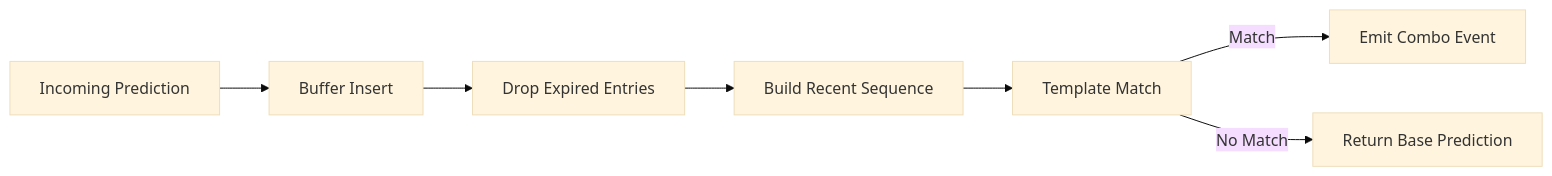
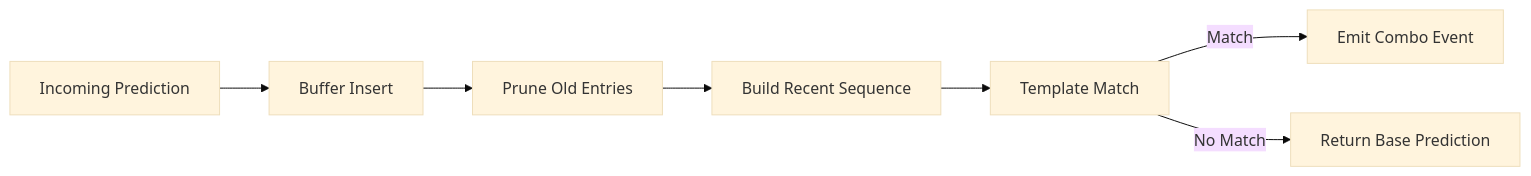
Before and after one commit to RishiStudies/hand_sign_detection_dynamic: the fifth of 6 diagrams in architecture_and_workflows.md, drawn with Mermaid (base theme). The commit also changed other lines of this file and 4 other files, not shown here.

````diff
--- a/architecture_and_workflows.md
+++ b/architecture_and_workflows.md
@@ -148,9 +137,9 @@
 ```mermaid
 flowchart LR
     A[Incoming Prediction] --> B[Buffer Insert]
-    B --> C[Drop Expired Entries]
+    B --> C[Prune Old Entries]
     C --> D[Build Recent Sequence]
     D --> E[Template Match]
     E -->|Match| F[Emit Combo Event]
     E -->|No Match| G[Return Base Prediction]
 ```
````
